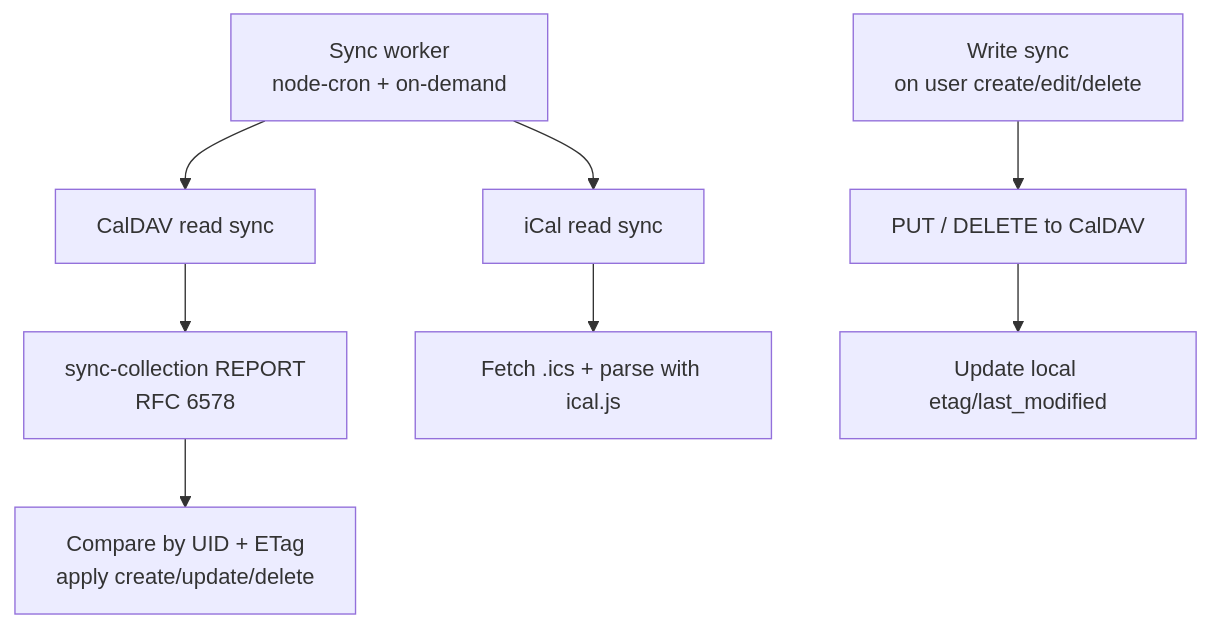
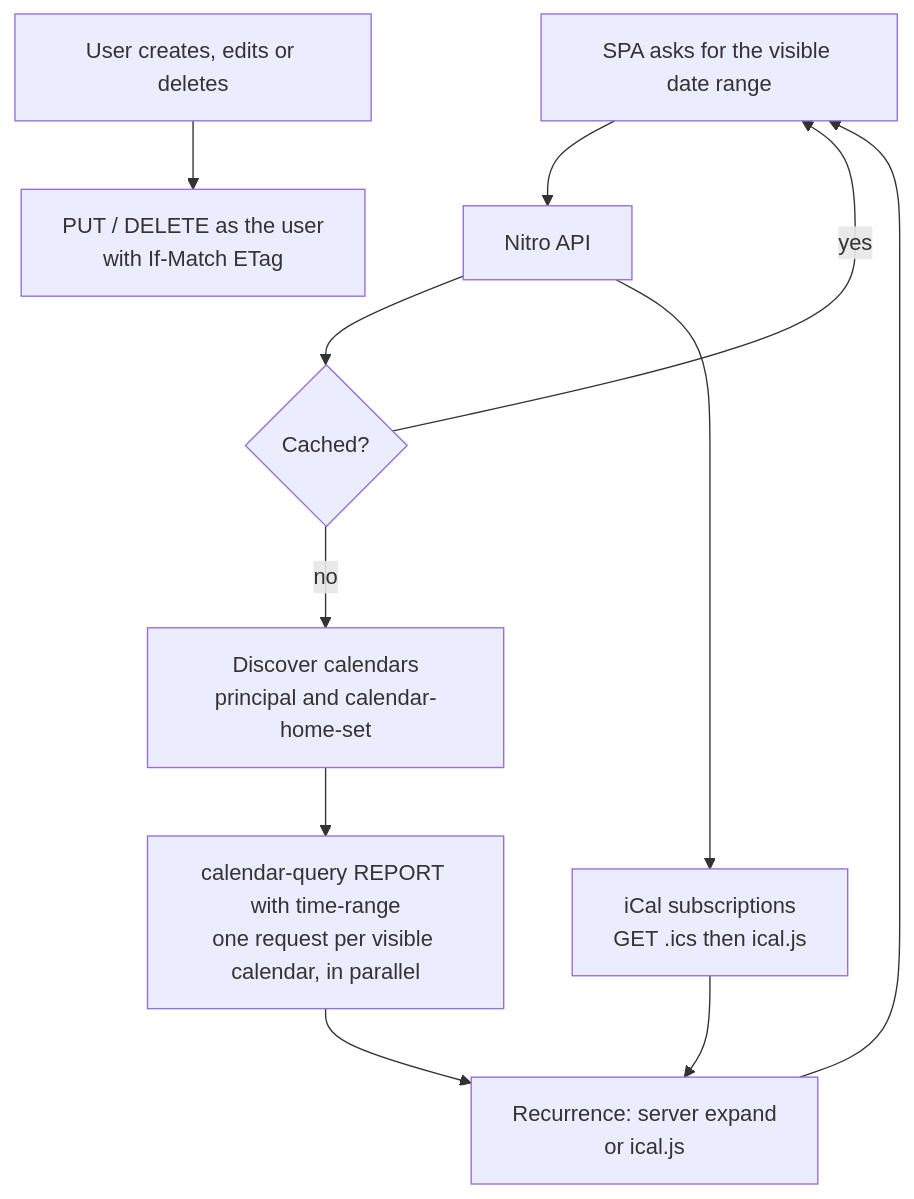
One commit to ByteSquire/web-calendar changed the fourth of 4 diagrams in docs/design.md. Above: the diagram before and after it, drawn with Mermaid. The commit also changed other lines of this file and 11 other files, not shown here.

````diff
--- a/docs/design.md
+++ b/docs/design.md
@@ -198,10 +233,13 @@
 ```mermaid
 graph TD
-    S[Sync worker<br/>node-cron + on-demand] --> R[CalDAV read sync]
-    R --> RC[sync-collection REPORT<br/>RFC 6578]
-    RC --> RC2[Compare by UID + ETag<br/>apply create/update/delete]
-    S --> I[iCal read sync]
-    I --> IC[Fetch .ics + parse with ical.js]
-    W[Write sync<br/>on user create/edit/delete] --> WC[PUT / DELETE to CalDAV]
-    WC --> WC2[Update local etag/last_modified]
+    UI[SPA asks for the visible date range] --> API[Nitro API]
+    API --> C{Cached?}
+    C -->|yes| UI
+    C -->|no| D[Discover calendars<br/>principal and calendar-home-set]
+    D --> Q[calendar-query REPORT with time-range<br/>one request per visible calendar, in parallel]
+    Q --> X[Recurrence: server expand<br/>or ical.js]
+    X --> UI
+    API --> I[iCal subscriptions<br/>GET .ics then ical.js]
+    I --> X
+    W[User creates, edits or deletes] --> WC[PUT / DELETE as the user<br/>with If-Match ETag]
 ```
````
